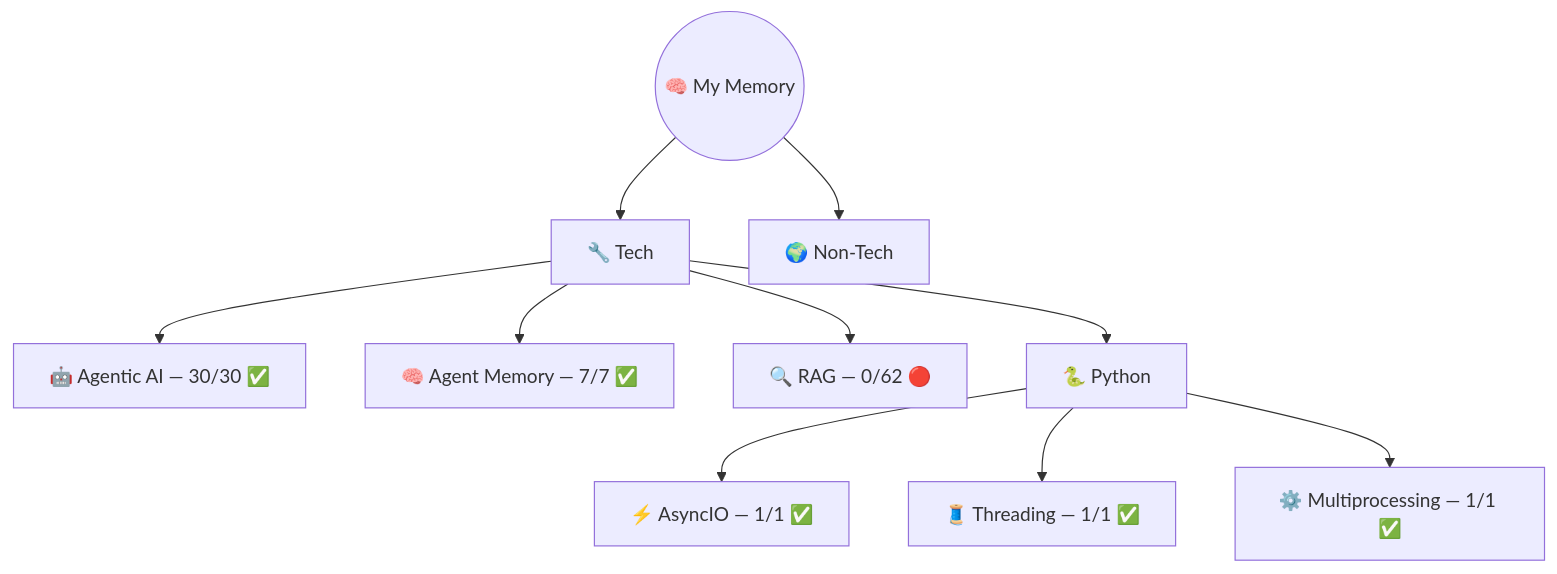
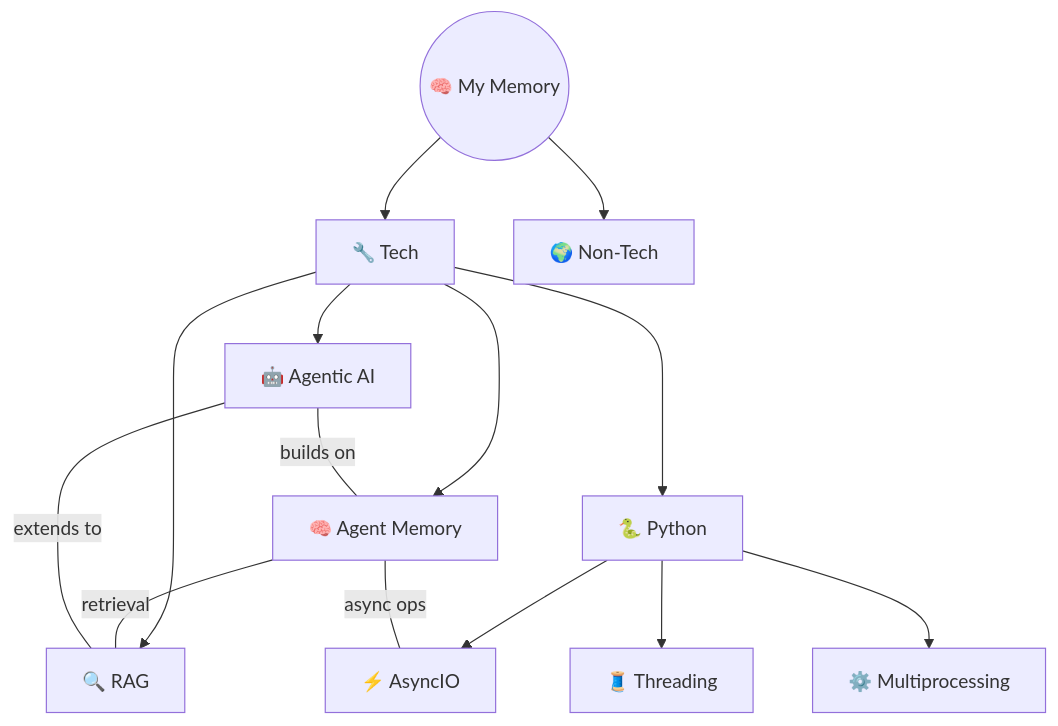
Before and after one commit to AyushSonuu/my-memory: the diagram in README.md, drawn with Mermaid. The commit also changed other lines of this file and 14 other files, not shown here.

````diff
--- a/README.md
+++ b/README.md
@@ -21,14 +320,19 @@
 ```mermaid
 graph TB
     ROOT(("🧠 My Memory"))
     ROOT --> TECH["🔧 Tech"]
     ROOT --> NT["🌍 Non-Tech"]
 
-    TECH --> AG["🤖 Agentic AI — 30/30 ✅"]
-    TECH --> AM["🧠 Agent Memory — 7/7 ✅"]
-    TECH --> RAG["🔍 RAG — 0/62 🔴"]
+    TECH --> AG["🤖 Agentic AI"]
+    TECH --> AM["🧠 Agent Memory"]
+    TECH --> RAG["🔍 RAG"]
     TECH --> PY["🐍 Python"]
-    PY --> AIO["⚡ AsyncIO — 1/1 ✅"]
-    PY --> THR["🧵 Threading — 1/1 ✅"]
-    PY --> MP["⚙️ Multiprocessing — 1/1 ✅"]
+    PY --> AIO["⚡ AsyncIO"]
+    PY --> THR["🧵 Threading"]
+    PY --> MP["⚙️ Multiprocessing"]
+
+    AG ---|"builds on"| AM
+    AM ---|"async ops"| AIO
+    AM ---|"retrieval"| RAG
+    AG ---|"extends to"| RAG
 ```
````
